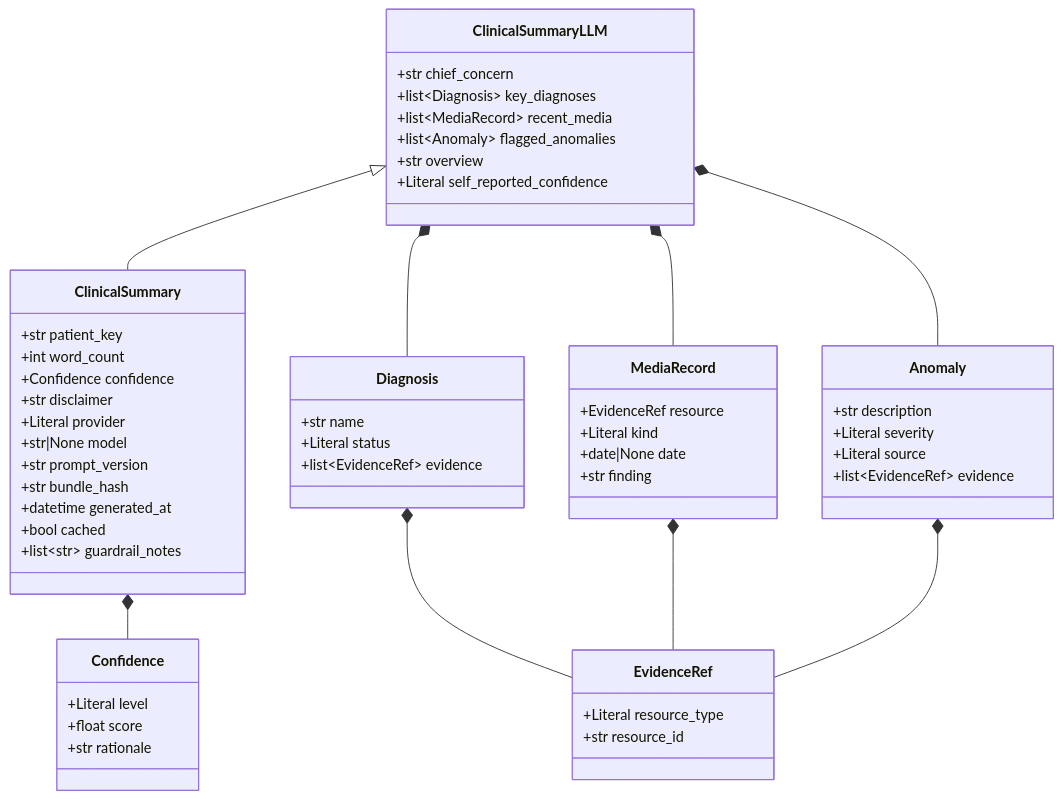
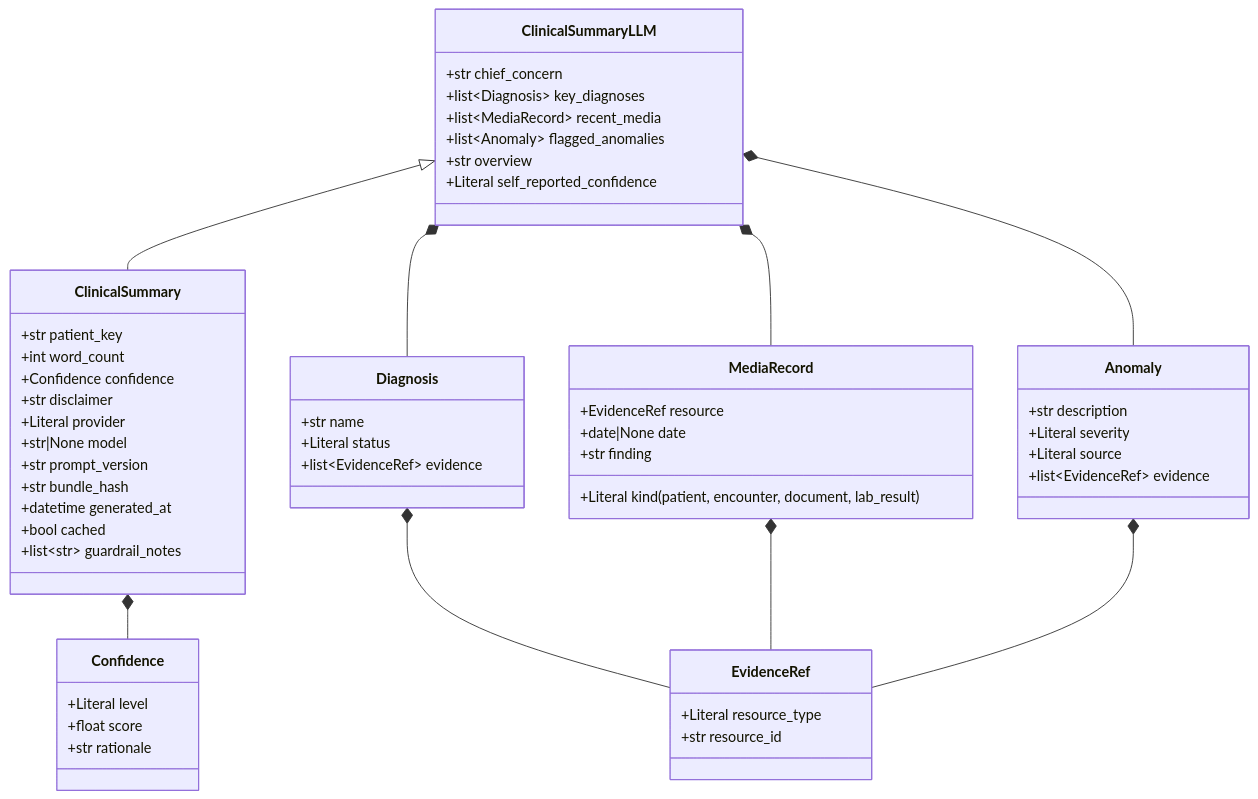
The fifth of 5 diagrams in docs/03-DATA-MODEL.md (RasAbrish/ehr-media-intelligence), drawn with Mermaid before and after one commit. The commit also changed other lines of this file and 15 other files, not shown here.

````diff
--- a/docs/03-DATA-MODEL.md
+++ b/docs/03-DATA-MODEL.md
@@ -555,58 +558,58 @@
 ```mermaid
 classDiagram
     class ClinicalSummaryLLM {
         +str chief_concern
         +list~Diagnosis~ key_diagnoses
         +list~MediaRecord~ recent_media
         +list~Anomaly~ flagged_anomalies
         +str overview
         +Literal self_reported_confidence
     }
     class ClinicalSummary {
         +str patient_key
         +int word_count
         +Confidence confidence
         +str disclaimer
         +Literal provider
         +str|None model
         +str prompt_version
         +str bundle_hash
         +datetime generated_at
         +bool cached
         +list~str~ guardrail_notes
     }
     class Diagnosis {
         +str name
         +Literal status
         +list~EvidenceRef~ evidence
     }
     class MediaRecord {
         +EvidenceRef resource
-        +Literal kind
+        +Literal kind (patient, encounter, document, lab_result)
         +date|None date
         +str finding
     }
     class Anomaly {
         +str description
         +Literal severity
         +Literal source
         +list~EvidenceRef~ evidence
     }
     class Confidence {
         +Literal level
         +float score
         +str rationale
     }
     class EvidenceRef {
         +Literal resource_type
         +str resource_id
     }
     ClinicalSummaryLLM <|-- ClinicalSummary
     ClinicalSummaryLLM *-- Diagnosis
     ClinicalSummaryLLM *-- MediaRecord
     ClinicalSummaryLLM *-- Anomaly
     ClinicalSummary *-- Confidence
     Diagnosis *-- EvidenceRef
     MediaRecord *-- EvidenceRef
     Anomaly *-- EvidenceRef
 ```
````
